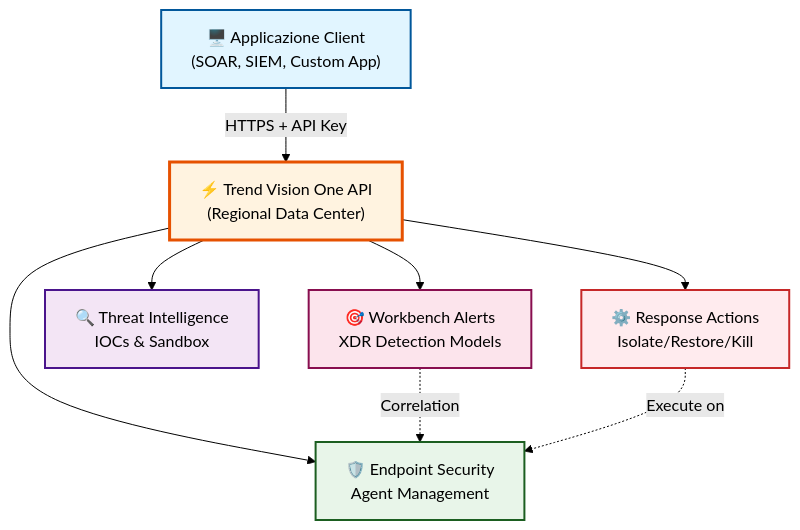
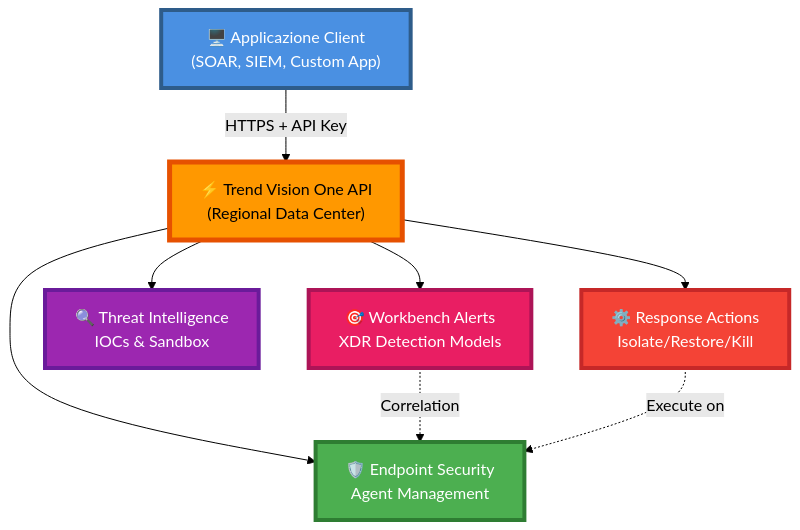
One commit to ZELA2000/Also-TDSynnex-Trend changed the first of 3 diagrams in Trend/DOC/README.md. Above: the diagram before and after it, drawn with Mermaid (forest theme). The commit also changed other lines of this file and 11 other files, not shown here.

Commit message:
style: Update diagram styles across documentation for improved clarity and consistency

````diff
--- a/Trend/DOC/README.md
+++ b/Trend/DOC/README.md
@@ -33,28 +33,28 @@
 ```mermaid
 graph TB
     Client["🖥️ Applicazione Client<br/>(SOAR, SIEM, Custom App)"]
     
     API["⚡ Trend Vision One API<br/>(Regional Data Center)"]
     
     Workbench["🎯 Workbench Alerts<br/>XDR Detection Models"]
     Endpoints["🛡️ Endpoint Security<br/>Agent Management"]
     TI["🔍 Threat Intelligence<br/>IOCs & Sandbox"]
     Actions["⚙️ Response Actions<br/>Isolate/Restore/Kill"]
     
     Client -->|HTTPS + API Key| API
     
     API --> Workbench
     API --> Endpoints
     API --> TI
     API --> Actions
     
     Workbench -.->|Correlation| Endpoints
     Actions -.->|Execute on| Endpoints
     
-    style Client fill:#e1f5ff,stroke:#01579b,stroke-width:2px
-    style API fill:#fff3e0,stroke:#e65100,stroke-width:3px
-    style Workbench fill:#fce4ec,stroke:#880e4f,stroke-width:2px
-    style Endpoints fill:#e8f5e9,stroke:#1b5e20,stroke-width:2px
-    style TI fill:#f3e5f5,stroke:#4a148c,stroke-width:2px
-    style Actions fill:#ffebee,stroke:#c62828,stroke-width:2px
+    style Client fill:#4A90E2,stroke:#2E5C8A,stroke-width:4px,color:#fff
+    style API fill:#FF9800,stroke:#E65100,stroke-width:5px,color:#000
+    style Workbench fill:#E91E63,stroke:#AD1457,stroke-width:4px,color:#fff
+    style Endpoints fill:#4CAF50,stroke:#2E7D32,stroke-width:4px,color:#fff
+    style TI fill:#9C27B0,stroke:#6A1B9A,stroke-width:4px,color:#fff
+    style Actions fill:#F44336,stroke:#C62828,stroke-width:4px,color:#fff
 ```
````
